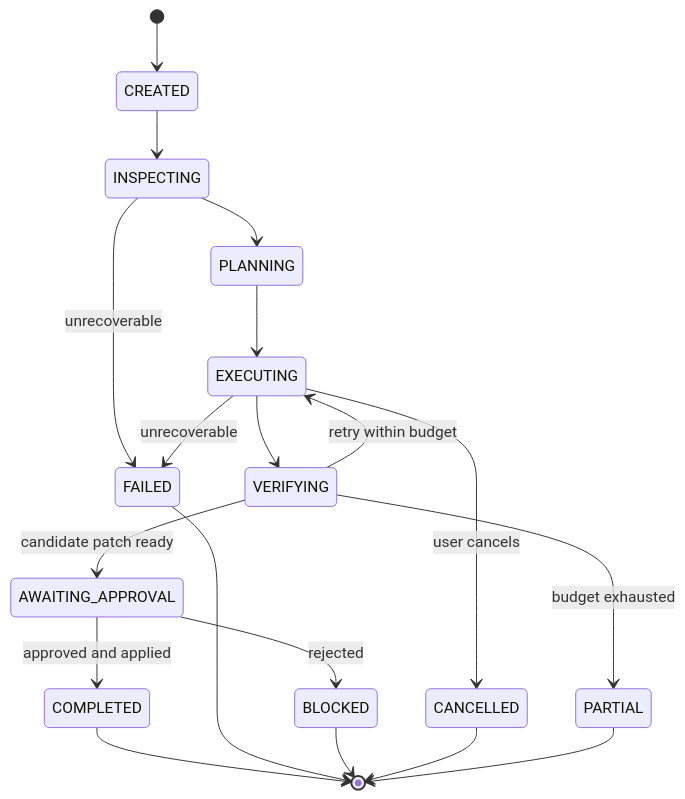
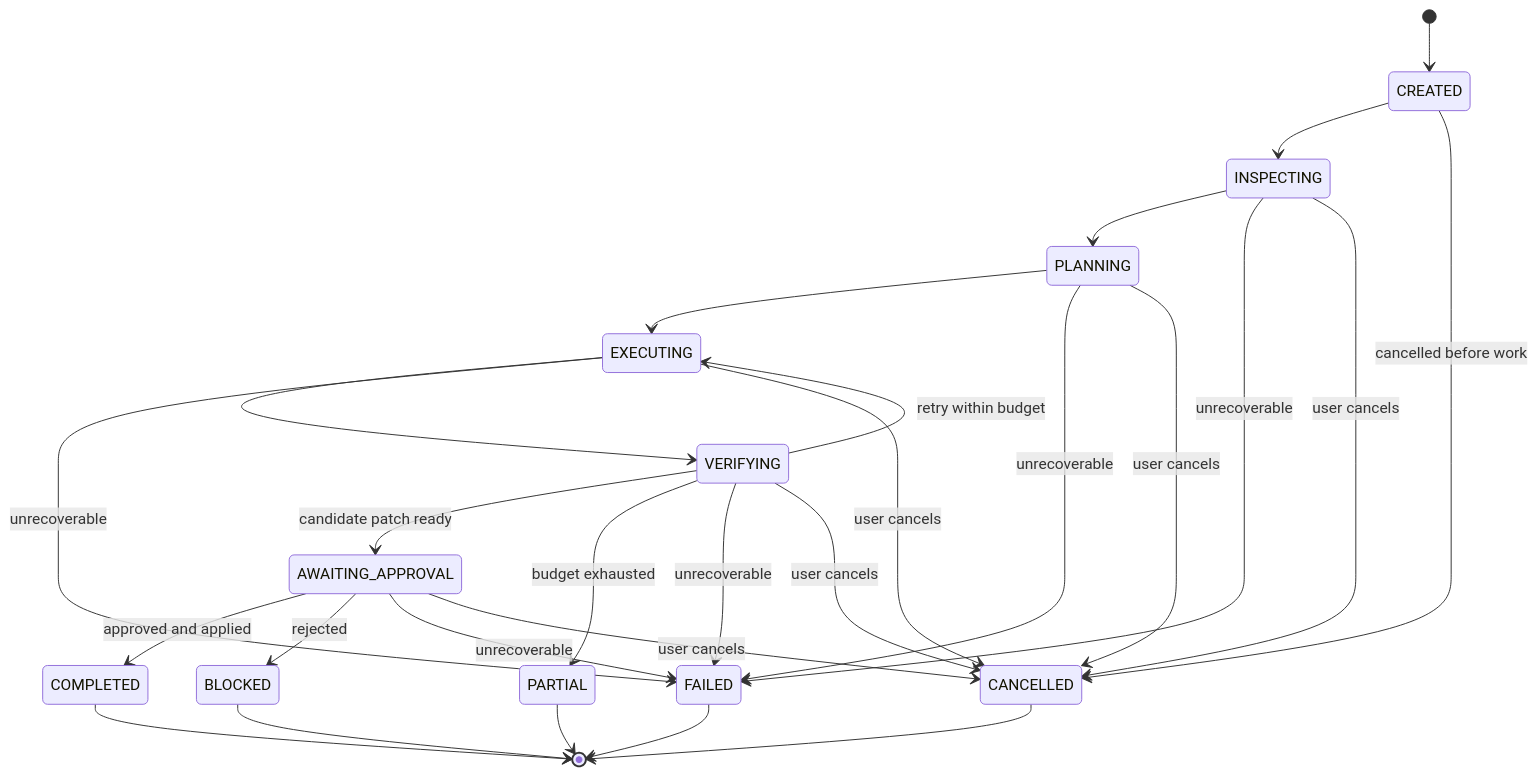
Before and after one commit to AmarjeetJha17/RepoPilot: the second of 3 diagrams in ARCHITECTURE.md, drawn with Mermaid. The commit also changed other lines of this file and 2 other files, not shown here.

Commit message:
feat(agent): implement deterministic run lifecycle state machine

````diff
--- a/ARCHITECTURE.md
+++ b/ARCHITECTURE.md
@@ -113,21 +113,29 @@
 ```mermaid
 stateDiagram-v2
     [*] --> CREATED
     CREATED --> INSPECTING
+    CREATED --> CANCELLED: cancelled before work
     INSPECTING --> PLANNING
+    INSPECTING --> FAILED: unrecoverable
+    INSPECTING --> CANCELLED: user cancels
     PLANNING --> EXECUTING
+    PLANNING --> FAILED: unrecoverable
+    PLANNING --> CANCELLED: user cancels
     EXECUTING --> VERIFYING
+    EXECUTING --> FAILED: unrecoverable
+    EXECUTING --> CANCELLED: user cancels
     VERIFYING --> EXECUTING: retry within budget
     VERIFYING --> AWAITING_APPROVAL: candidate patch ready
+    VERIFYING --> PARTIAL: budget exhausted
+    VERIFYING --> FAILED: unrecoverable
+    VERIFYING --> CANCELLED: user cancels
     AWAITING_APPROVAL --> COMPLETED: approved and applied
     AWAITING_APPROVAL --> BLOCKED: rejected
-    INSPECTING --> FAILED: unrecoverable
-    EXECUTING --> FAILED: unrecoverable
-    EXECUTING --> CANCELLED: user cancels
-    VERIFYING --> PARTIAL: budget exhausted
+    AWAITING_APPROVAL --> FAILED: unrecoverable
+    AWAITING_APPROVAL --> CANCELLED: user cancels
     COMPLETED --> [*]
     FAILED --> [*]
     BLOCKED --> [*]
     CANCELLED --> [*]
     PARTIAL --> [*]
 ```
````
